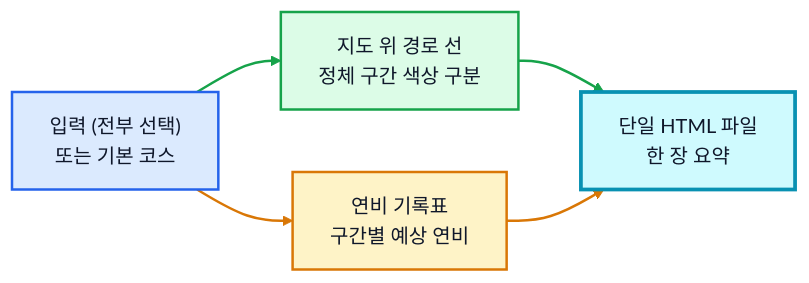
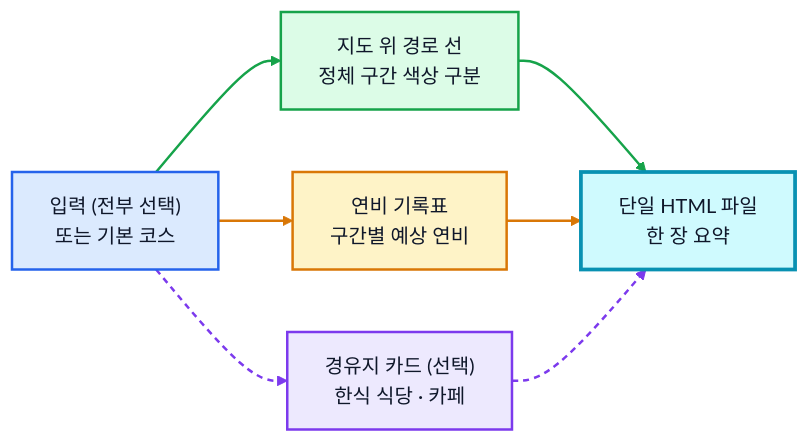
One commit to rome777/aiffel_test changed the fifth of 11 diagrams in README.md. Above: the diagram before and after it, drawn with Mermaid. The commit also changed other lines of this file, not shown here.

First line of the commit message:
런타임 코스 생성으로 전환, 선택형 식당·카페 경유지 추가

````diff
--- a/README.md
+++ b/README.md
@@ -246,20 +365,25 @@
 ```mermaid
 graph LR
     A["입력 (전부 선택)<br/>또는 기본 코스"] --> B["지도 위 경로 선<br/>정체 구간 색상 구분"]
     A --> C["연비 기록표<br/>구간별 예상 연비"]
+    A --> P["경유지 카드 (선택)<br/>한식 식당 · 카페"]
     B --> D["단일 HTML 파일<br/>한 장 요약"]
     C --> D
+    P --> D
 
     classDef entry fill:#dbeafe,stroke:#2563eb,stroke-width:2px,color:#0f172a
     classDef map   fill:#dcfce7,stroke:#16a34a,stroke-width:2px,color:#0f172a
     classDef tbl   fill:#fef3c7,stroke:#d97706,stroke-width:2px,color:#0f172a
+    classDef poi   fill:#ede9fe,stroke:#7c3aed,stroke-width:2px,color:#0f172a
     classDef out   fill:#cffafe,stroke:#0891b2,stroke-width:3px,color:#0f172a
 
     class A entry
     class B map
     class C tbl
+    class P poi
     class D out
 
-    linkStyle 0,2 stroke:#16a34a,stroke-width:2px
-    linkStyle 1,3 stroke:#d97706,stroke-width:2px
+    linkStyle 0,3 stroke:#16a34a,stroke-width:2px
+    linkStyle 1,4 stroke:#d97706,stroke-width:2px
+    linkStyle 2,5 stroke:#7c3aed,stroke-width:2px,stroke-dasharray:5 4
 ```
````
